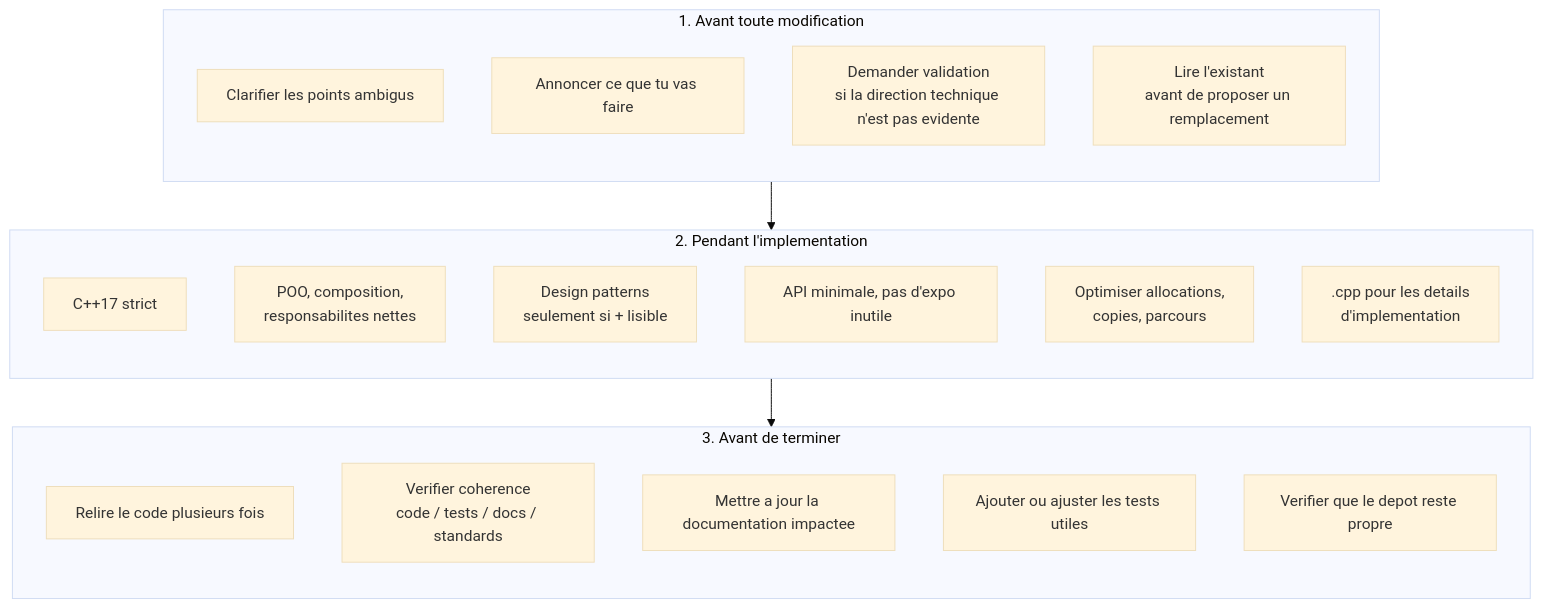
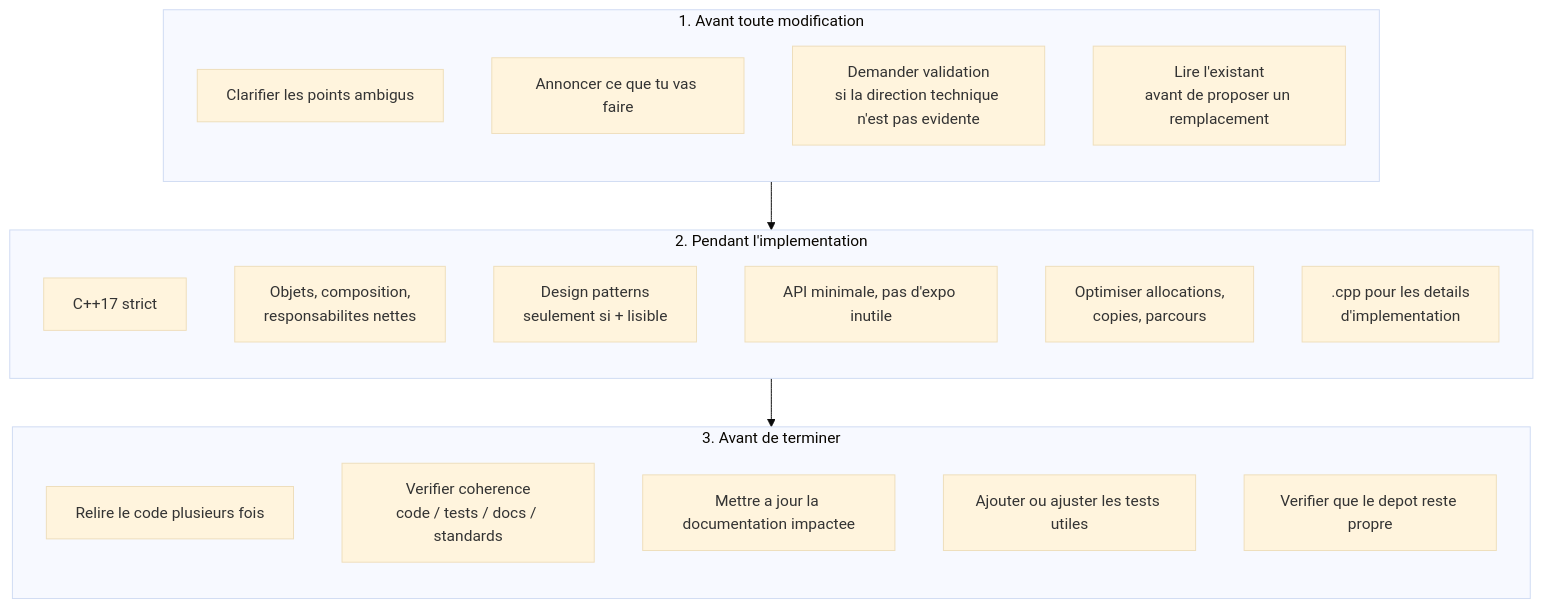
One commit to benoitfragit/MFDStudio changed the first of 4 diagrams in AGENTS.md. Above: the diagram before and after it, drawn with Mermaid (base theme). The commit also changed other lines of this file, not shown here.

````diff
--- a/AGENTS.md
+++ b/AGENTS.md
@@ -36,31 +55,31 @@
 ```mermaid
 flowchart TD
     subgraph AVANT["1. Avant toute modification"]
         direction TB
         A1[Clarifier les points ambigus]
         A2[Annoncer ce que tu vas faire]
         A3["Demander validation<br/>si la direction technique n'est pas evidente"]
         A4["Lire l'existant<br/>avant de proposer un remplacement"]
     end
 
     subgraph PENDANT["2. Pendant l'implementation"]
         direction TB
         P1["C++17 strict"]
-        P2["POO, composition,<br/>responsabilites nettes"]
+        P2["Objets, composition,<br/>responsabilites nettes"]
         P3["Design patterns<br/>seulement si + lisible"]
         P4["API minimale, pas d'expo inutile"]
         P5["Optimiser allocations,<br/>copies, parcours"]
         P6[".cpp pour les details<br/>d'implementation"]
     end
 
     subgraph APRES["3. Avant de terminer"]
         direction TB
         F1[Relire le code plusieurs fois]
         F2["Verifier coherence<br/>code / tests / docs / standards"]
         F3[Mettre a jour la documentation impactee]
         F4[Ajouter ou ajuster les tests utiles]
         F5[Verifier que le depot reste propre]
     end
 
     AVANT --> PENDANT --> APRES
 ```
````
